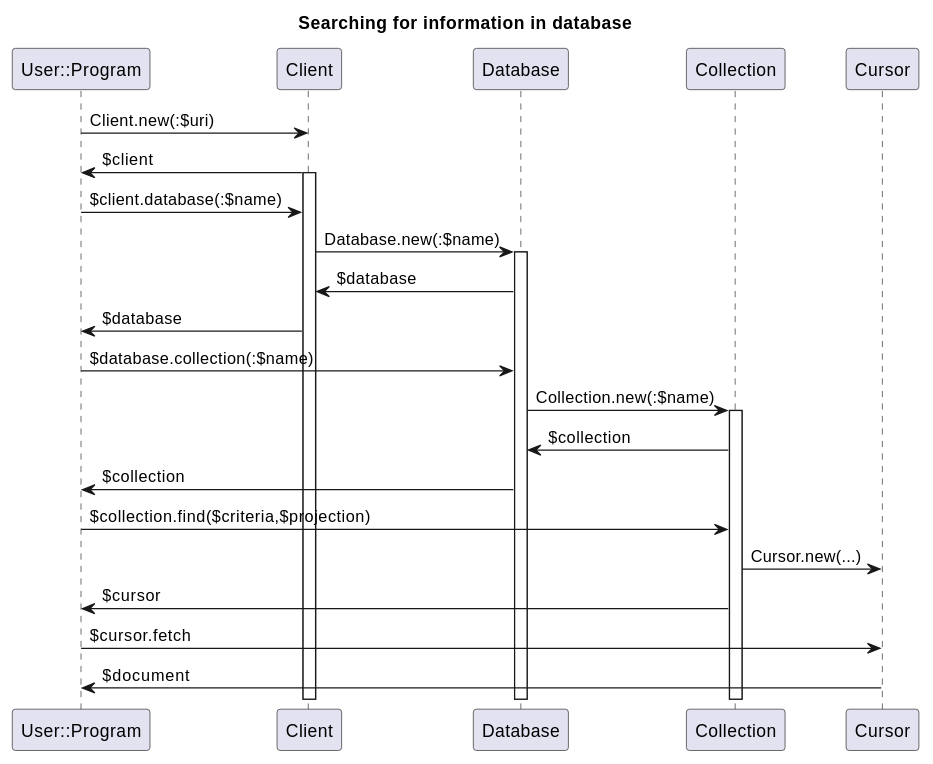
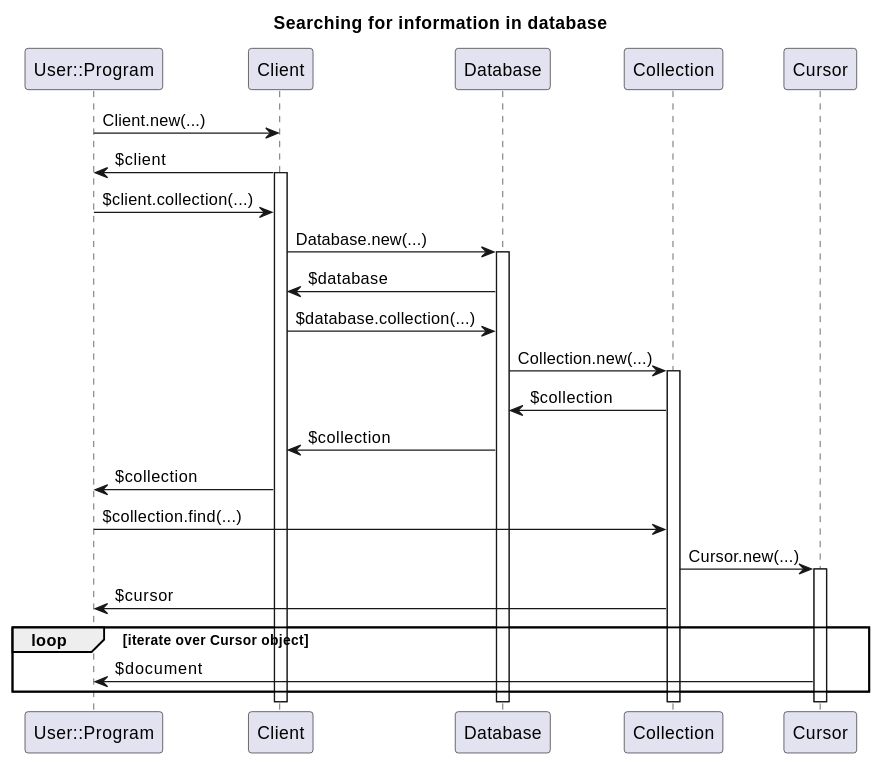
One commit to lizmat/raku-all-modules changed the third of 3 diagrams in MARTIMM/mongo-perl6-driver/doc/Design/Design-software.md. Above: the diagram before and after it, drawn with PlantUML. The commit also changed other lines of this file and 25 other files, not shown here.

````diff
--- a/MARTIMM/mongo-perl6-driver/doc/Design/Design-software.md
+++ b/MARTIMM/mongo-perl6-driver/doc/Design/Design-software.md
@@ -102,29 +108,31 @@
 ```plantuml
 title "Searching for information in database"
 
 participant UP as "User::Program"
 participant Cl as "Client"
 participant Da as "Database"
 participant Co as "Collection"
 participant Cu as "Cursor"
 
-UP -> Cl : Client.new(:$uri)
+UP -> Cl : Client.new(...)
 Cl -> UP : $client
 activate Cl
-UP -> Cl : $client.database(:$name)
-Cl -> Da : Database.new(:$name)
+UP -> Cl : $client.collection(...)
+Cl -> Da : Database.new(...)
 activate Da
 Da -> Cl : $database
-Cl -> UP : $database
-UP -> Da : $database.collection(:$name)
-Da -> Co : Collection.new(:$name)
+Cl -> Da : $database.collection(...)
+Da -> Co : Collection.new(...)
 activate Co
 Co -> Da : $collection
-Da -> UP : $collection
-UP -> Co : $collection.find($criteria,$projection)
+Da -> Cl : $collection
+Cl -> UP : $collection
+UP -> Co : $collection.find(...)
 Co -> Cu : Cursor.new(...)
+activate Cu
 Co -> UP : $cursor
-UP -> Cu : $cursor.fetch
-Cu -> UP : $document
-
+loop iterate over Cursor object
+'  UP -> Cu : $cursor.fetch
+  Cu -> UP : $document
+end
 ```
````
